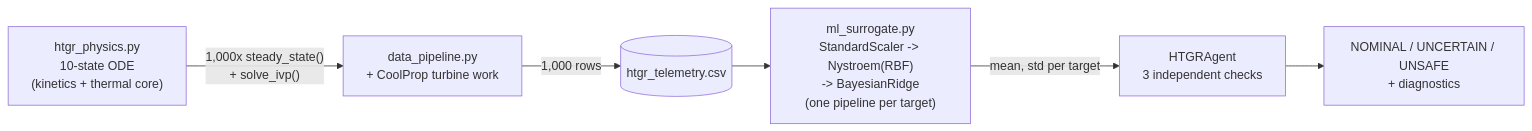
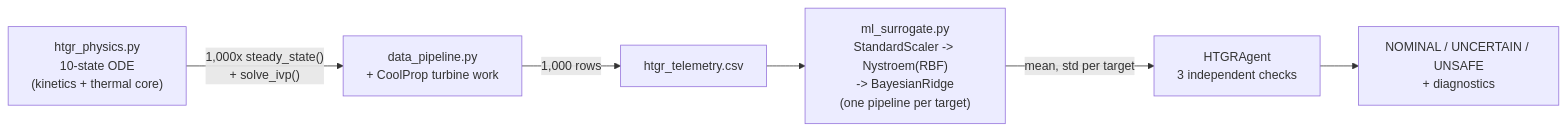
One commit to d4nihv/HTGR-ML-Optimisation changed the first of 2 diagrams in README.md. Above: the diagram before and after it, drawn with Mermaid. The commit also changed other lines of this file, not shown here.

````diff
--- a/README.md
+++ b/README.md
@@ -61,8 +61,8 @@
 ```mermaid
 flowchart LR
     A["htgr_physics.py<br/>10-state ODE<br/>(kinetics + thermal core)"] -->|"1,000x steady_state()<br/>+ solve_ivp()"| B["data_pipeline.py<br/>+ CoolProp turbine work"]
-    B -->|"1,000 rows"| C[("htgr_telemetry.csv")]
+    B -->|"1,000 rows"| C["htgr_telemetry.csv"]
     C --> D["ml_surrogate.py<br/>StandardScaler -> Nystroem(RBF)<br/>-> BayesianRidge<br/>(one pipeline per target)"]
     D -->|"mean, std per target"| E["HTGRAgent<br/>3 independent checks"]
     E --> F["NOMINAL / UNCERTAIN / UNSAFE<br/>+ diagnostics"]
 ```
````
